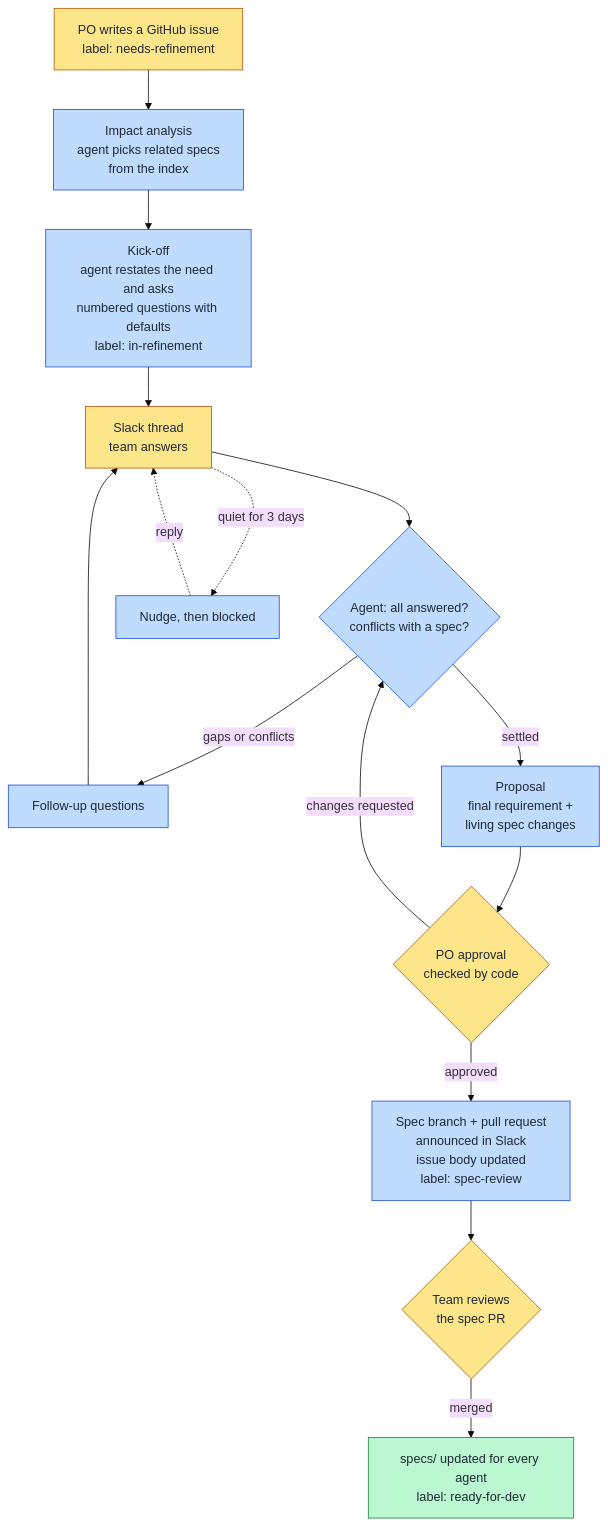
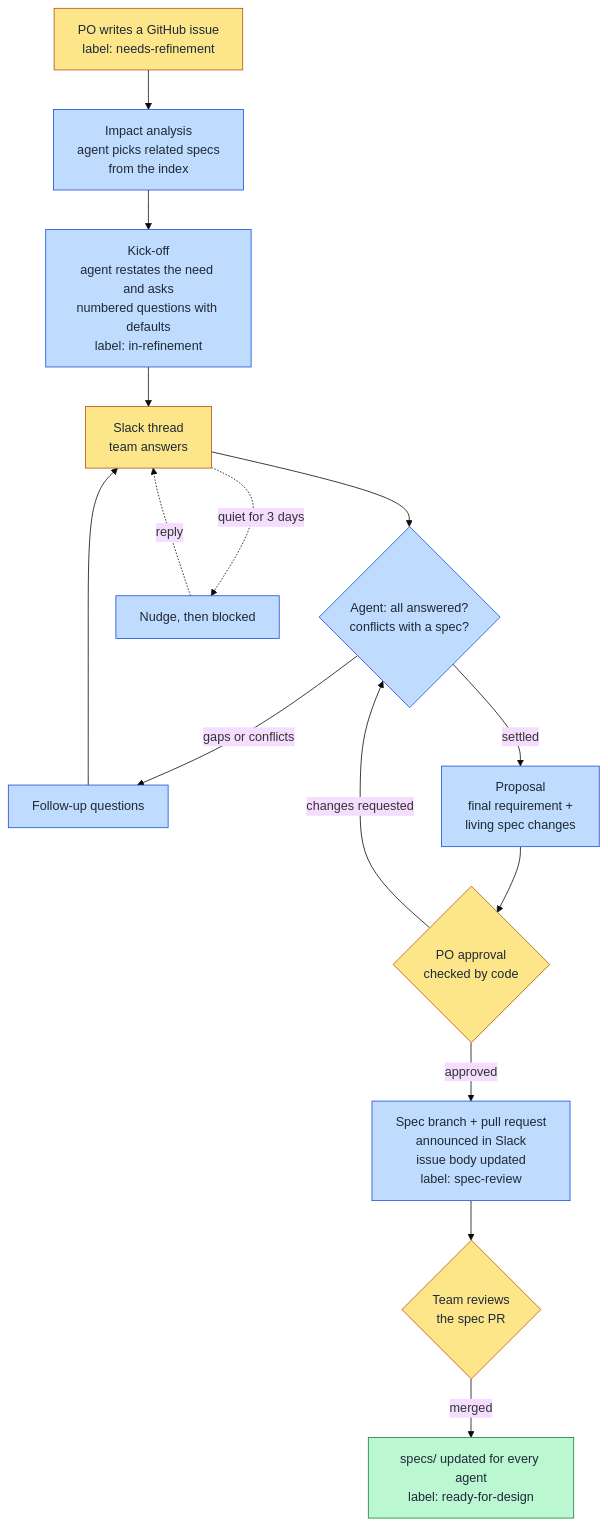
One commit to iebouihi/aisdlc-gh-claude-slack changed the first of 4 diagrams in docs/aisdlc.md. Above: the diagram before and after it, drawn with Mermaid (base theme). The commit also changed other lines of this file and 33 other files, not shown here.

First line of the commit message:
Add a design phase: designer agent, technical spec, HTML mockup

````diff
--- a/docs/aisdlc.md
+++ b/docs/aisdlc.md
@@ -124,24 +135,24 @@
 ```mermaid
 flowchart TD
     A["PO writes a GitHub issue<br/>label: needs-refinement"] --> B["Impact analysis<br/>agent picks related specs<br/>from the index"]
     B --> C["Kick-off<br/>agent restates the need and asks<br/>numbered questions with defaults<br/>label: in-refinement"]
     C --> D["Slack thread<br/>team answers"]
     D --> E{"Agent: all answered?<br/>conflicts with a spec?"}
     E -- "gaps or conflicts" --> F["Follow-up questions"]
     F --> D
     E -- "settled" --> G["Proposal<br/>final requirement +<br/>living spec changes"]
     G --> H{"PO approval<br/>checked by code"}
     H -- "changes requested" --> E
     H -- "approved" --> I["Spec branch + pull request<br/>announced in Slack<br/>issue body updated<br/>label: spec-review"]
     I --> J{"Team reviews<br/>the spec PR"}
-    J -- "merged" --> K["specs/ updated for every agent<br/>label: ready-for-dev"]
+    J -- "merged" --> K["specs/ updated for every agent<br/>label: ready-for-design"]
     D -. "quiet for 3 days" .-> L["Nudge, then blocked"]
     L -. "reply" .-> D
 
     classDef human fill:#fde68a,stroke:#b45309,color:#1f2937
     classDef agent fill:#bfdbfe,stroke:#1d4ed8,color:#1f2937
     classDef truth fill:#bbf7d0,stroke:#15803d,color:#1f2937
     class A,D,H,J human
     class B,C,E,F,G,I,L agent
     class K truth
 ```
````
